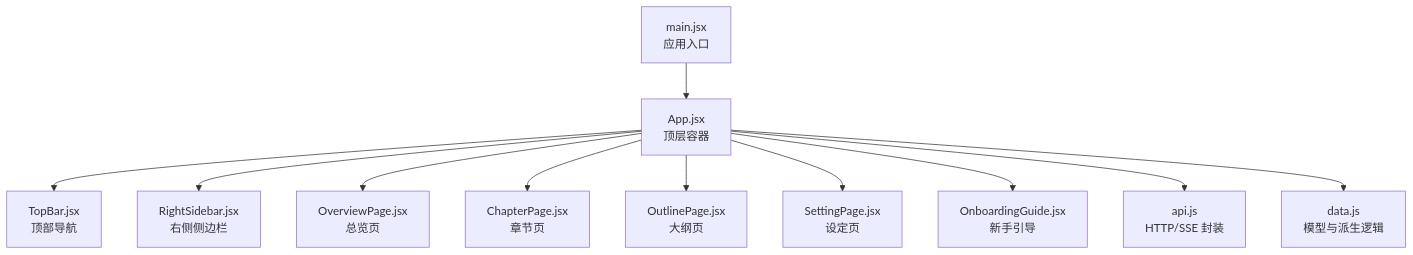
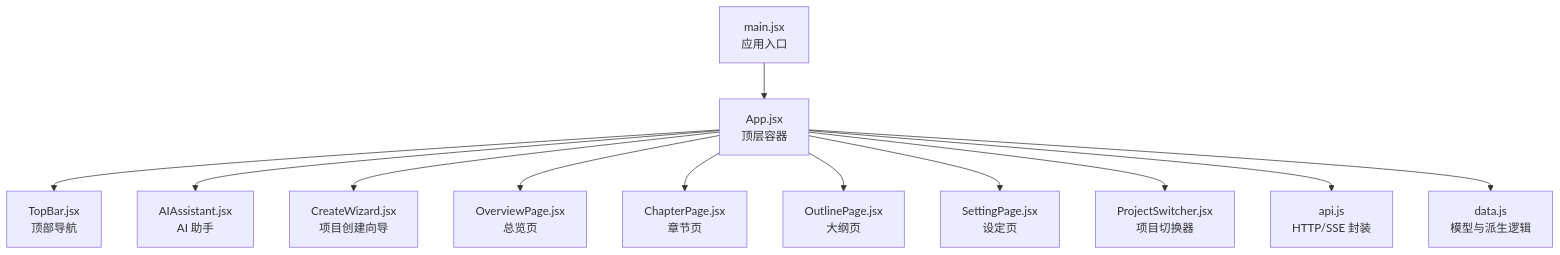
One commit to ssffpt/webnovel-writer changed the first of 3 diagrams in .qoder/repowiki/zh/content/写作工作台/前端界面设计.md. Above: the diagram before and after it, drawn with Mermaid. The commit also changed other lines of this file and 13 other files, not shown here.

````diff
--- a/.qoder/repowiki/zh/content/写作工作台/前端界面设计.md
+++ b/.qoder/repowiki/zh/content/写作工作台/前端界面设计.md
@@ -47,13 +50,14 @@
 ```mermaid
 graph TB
 A["main.jsx<br/>应用入口"] --> B["App.jsx<br/>顶层容器"]
 B --> C["TopBar.jsx<br/>顶部导航"]
-B --> D["RightSidebar.jsx<br/>右侧侧边栏"]
-B --> E["OverviewPage.jsx<br/>总览页"]
-B --> F["ChapterPage.jsx<br/>章节页"]
-B --> G["OutlinePage.jsx<br/>大纲页"]
-B --> H["SettingPage.jsx<br/>设定页"]
-B --> I["OnboardingGuide.jsx<br/>新手引导"]
-B --> J["api.js<br/>HTTP/SSE 封装"]
-B --> K["data.js<br/>模型与派生逻辑"]
+B --> D["AIAssistant.jsx<br/>AI 助手"]
+B --> E["CreateWizard.jsx<br/>项目创建向导"]
+B --> F["OverviewPage.jsx<br/>总览页"]
+B --> G["ChapterPage.jsx<br/>章节页"]
+B --> H["OutlinePage.jsx<br/>大纲页"]
+B --> I["SettingPage.jsx<br/>设定页"]
+B --> J["ProjectSwitcher.jsx<br/>项目切换器"]
+B --> K["api.js<br/>HTTP/SSE 封装"]
+B --> L["data.js<br/>模型与派生逻辑"]
 ```
````
